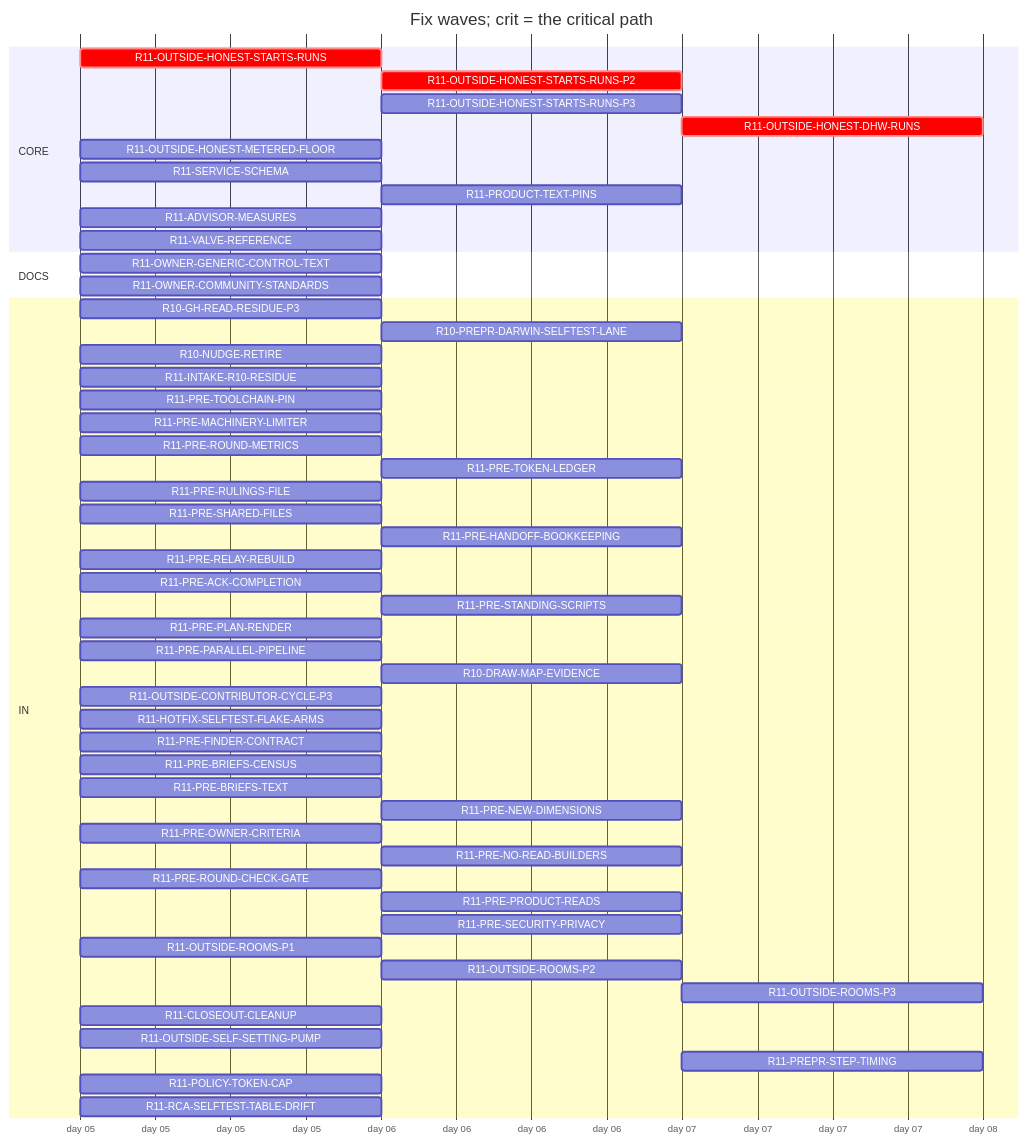
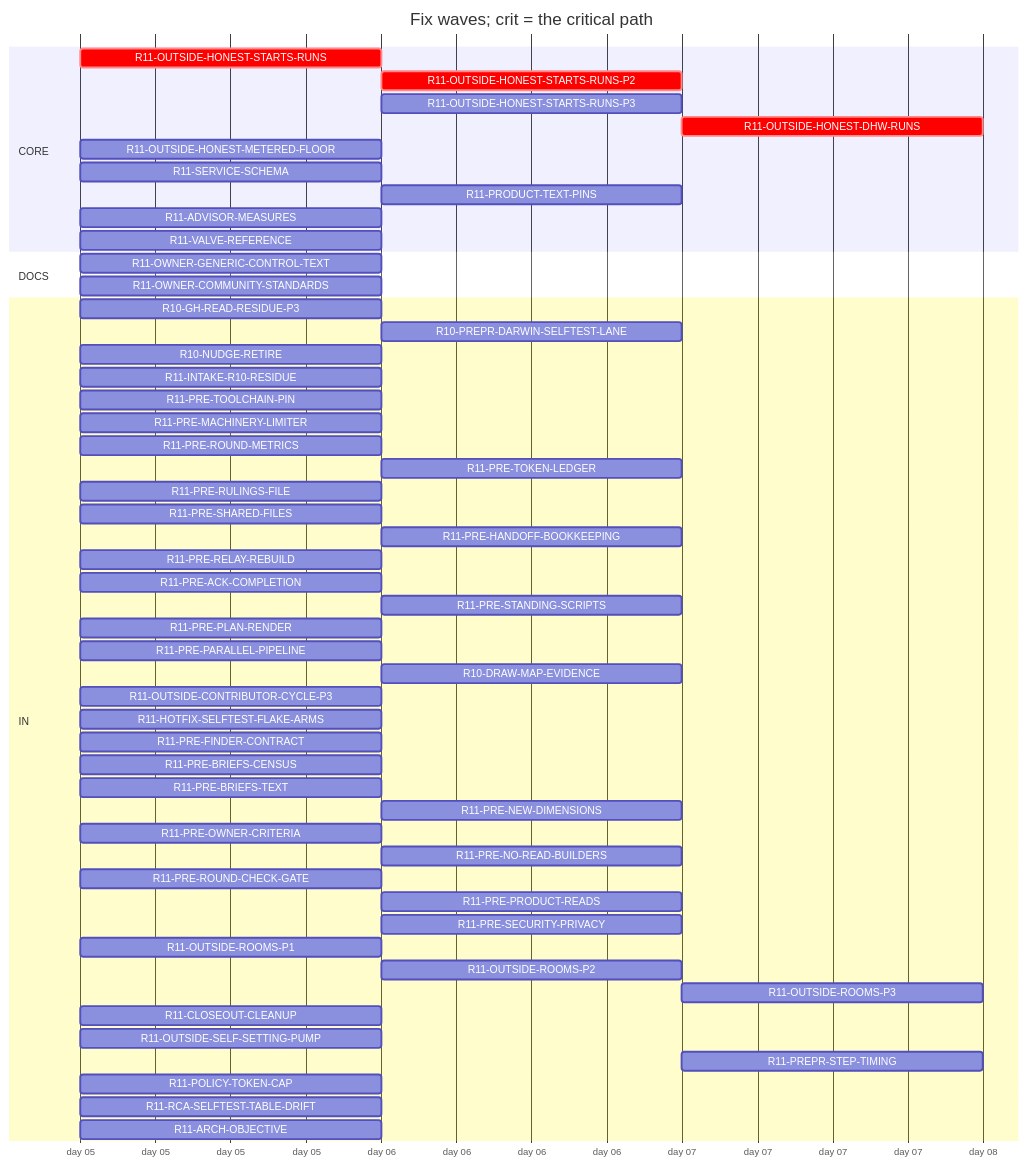
One commit to tvofi/heatpump_optimizer changed the diagram in handoff/round11/state/PLAN-TABLE.md. Above: the diagram before and after it, drawn with Mermaid. The commit also changed other lines of this file and 4 other files, not shown here.

Commit message:
state: FLOW-BOARD.md, NEXT-SESSION-PROMPT.md, PLAN-TABLE.md, PLAN.html, RESUME-CURRENT.md regenerated (state_docs.py)

````diff
--- a/handoff/round11/state/PLAN-TABLE.md
+++ b/handoff/round11/state/PLAN-TABLE.md
@@ -16,56 +16,57 @@
 ```mermaid
 gantt
   title Fix waves; crit = the critical path
   dateFormat YYYY-MM-DD
   axisFormat day %d
   section CORE
     R11-OUTSIDE-HONEST-STARTS-RUNS :crit, r11OUTSIDEHONESTSTARTSRUNS, 2026-01-05, 1d
     R11-OUTSIDE-HONEST-STARTS-RUNS-P2 :crit, r11OUTSIDEHONESTSTARTSRUNSP2, after r11OUTSIDEHONESTSTARTSRUNS, 1d
     R11-OUTSIDE-HONEST-STARTS-RUNS-P3 :r11OUTSIDEHONESTSTARTSRUNSP3, after r11OUTSIDEHONESTSTARTSRUNS, 1d
     R11-OUTSIDE-HONEST-DHW-RUNS :crit, r11OUTSIDEHONESTDHWRUNS, after r11OUTSIDEHONESTSTARTSRUNS r11OUTSIDEHONESTSTARTSRUNSP2, 1d
     R11-OUTSIDE-HONEST-METERED-FLOOR :r11OUTSIDEHONESTMETEREDFLOOR, 2026-01-05, 1d
     R11-SERVICE-SCHEMA :r11SERVICESCHEMA, 2026-01-05, 1d
     R11-PRODUCT-TEXT-PINS :r11PRODUCTTEXTPINS, after r11OUTSIDEROOMSP1, 1d
     R11-ADVISOR-MEASURES :r11ADVISORMEASURES, 2026-01-05, 1d
     R11-VALVE-REFERENCE :r11VALVEREFERENCE, 2026-01-05, 1d
   section DOCS
     R11-OWNER-GENERIC-CONTROL-TEXT :r11OWNERGENERICCONTROLTEXT, 2026-01-05, 1d
     R11-OWNER-COMMUNITY-STANDARDS :r11OWNERCOMMUNITYSTANDARDS, 2026-01-05, 1d
   section IN
     R10-GH-READ-RESIDUE-P3 :r10GHREADRESIDUEP3, 2026-01-05, 1d
     R10-PREPR-DARWIN-SELFTEST-LANE :r10PREPRDARWINSELFTESTLANE, after r10GHREADRESIDUEP3, 1d
     R10-NUDGE-RETIRE :r10NUDGERETIRE, 2026-01-05, 1d
     R11-INTAKE-R10-RESIDUE :r11INTAKER10RESIDUE, 2026-01-05, 1d
     R11-PRE-TOOLCHAIN-PIN :r11PRETOOLCHAINPIN, 2026-01-05, 1d
     R11-PRE-MACHINERY-LIMITER :r11PREMACHINERYLIMITER, 2026-01-05, 1d
     R11-PRE-ROUND-METRICS :r11PREROUNDMETRICS, 2026-01-05, 1d
     R11-PRE-TOKEN-LEDGER :r11PRETOKENLEDGER, after r10GHREADRESIDUEP3, 1d
     R11-PRE-RULINGS-FILE :r11PRERULINGSFILE, 2026-01-05, 1d
     R11-PRE-SHARED-FILES :r11PRESHAREDFILES, 2026-01-05, 1d
     R11-PRE-HANDOFF-BOOKKEEPING :r11PREHANDOFFBOOKKEEPING, after r11PRERELAYREBUILD, 1d
     R11-PRE-RELAY-REBUILD :r11PRERELAYREBUILD, 2026-01-05, 1d
     R11-PRE-ACK-COMPLETION :r11PREACKCOMPLETION, 2026-01-05, 1d
     R11-PRE-STANDING-SCRIPTS :r11PRESTANDINGSCRIPTS, after r11PREPARALLELPIPELINE, 1d
     R11-PRE-PLAN-RENDER :r11PREPLANRENDER, 2026-01-05, 1d
     R11-PRE-PARALLEL-PIPELINE :r11PREPARALLELPIPELINE, 2026-01-05, 1d
     R10-DRAW-MAP-EVIDENCE :r10DRAWMAPEVIDENCE, after r11OUTSIDESELFSETTINGPUMP, 1d
     R11-OUTSIDE-CONTRIBUTOR-CYCLE-P3 :r11OUTSIDECONTRIBUTORCYCLEP3, 2026-01-05, 1d
     R11-HOTFIX-SELFTEST-FLAKE-ARMS :r11HOTFIXSELFTESTFLAKEARMS, 2026-01-05, 1d
     R11-PRE-FINDER-CONTRACT :r11PREFINDERCONTRACT, 2026-01-05, 1d
     R11-PRE-BRIEFS-CENSUS :r11PREBRIEFSCENSUS, 2026-01-05, 1d
     R11-PRE-BRIEFS-TEXT :r11PREBRIEFSTEXT, 2026-01-05, 1d
     R11-PRE-NEW-DIMENSIONS :r11PRENEWDIMENSIONS, after r11PREFINDERCONTRACT r11PREBRIEFSCENSUS, 1d
     R11-PRE-OWNER-CRITERIA :r11PREOWNERCRITERIA, 2026-01-05, 1d
     R11-PRE-NO-READ-BUILDERS :r11PRENOREADBUILDERS, after r11PREMACHINERYLIMITER, 1d
     R11-PRE-ROUND-CHECK-GATE :r11PREROUNDCHECKGATE, 2026-01-05, 1d
     R11-PRE-PRODUCT-READS :r11PREPRODUCTREADS, after r11PREBRIEFSCENSUS, 1d
     R11-PRE-SECURITY-PRIVACY :r11PRESECURITYPRIVACY, after r11PREFINDERCONTRACT r11PREBRIEFSCENSUS, 1d
     R11-OUTSIDE-ROOMS-P1 :r11OUTSIDEROOMSP1, 2026-01-05, 1d
     R11-OUTSIDE-ROOMS-P2 :r11OUTSIDEROOMSP2, after r11OUTSIDEROOMSP1, 1d
     R11-OUTSIDE-ROOMS-P3 :r11OUTSIDEROOMSP3, after r11OUTSIDEROOMSP2, 1d
     R11-CLOSEOUT-CLEANUP :r11CLOSEOUTCLEANUP, 2026-01-05, 1d
     R11-OUTSIDE-SELF-SETTING-PUMP :r11OUTSIDESELFSETTINGPUMP, 2026-01-05, 1d
     R11-PREPR-STEP-TIMING :r11PREPRSTEPTIMING, after r10PREPRDARWINSELFTESTLANE, 1d
     R11-POLICY-TOKEN-CAP :r11POLICYTOKENCAP, 2026-01-05, 1d
     R11-RCA-SELFTEST-TABLE-DRIFT :r11RCASELFTESTTABLEDRIFT, 2026-01-05, 1d
+    R11-ARCH-OBJECTIVE :r11ARCHOBJECTIVE, 2026-01-05, 1d
 ```
````
